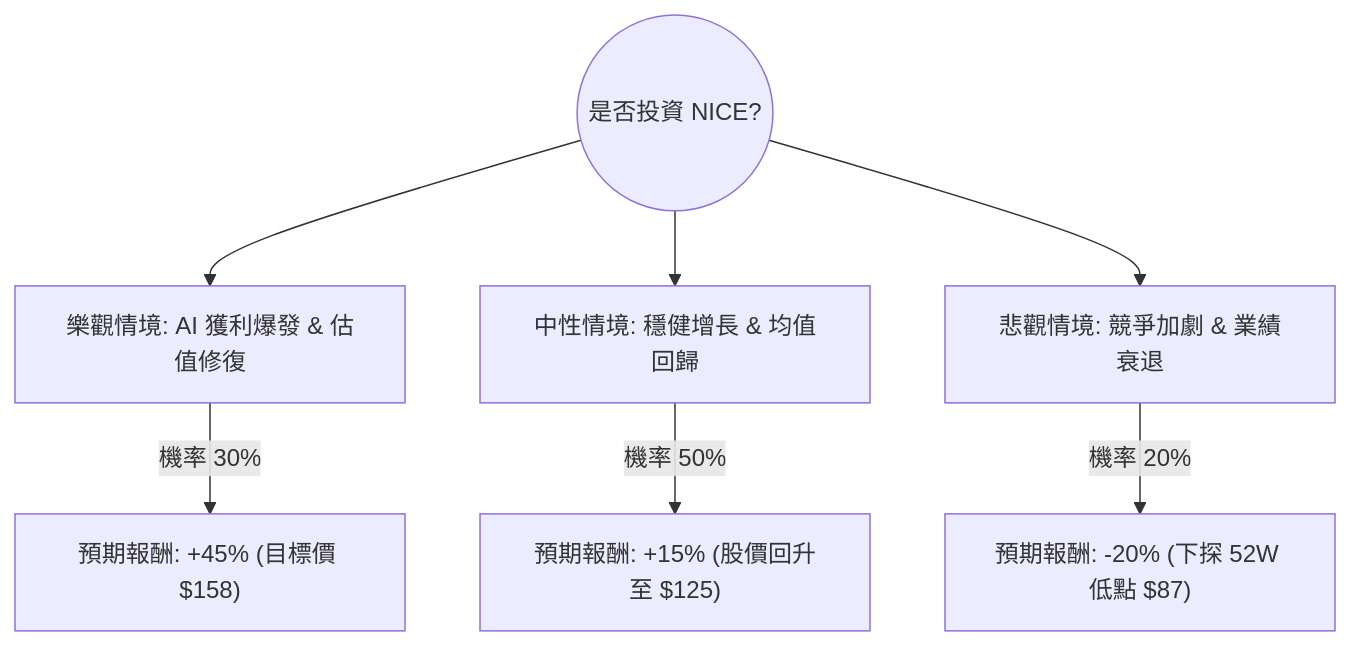
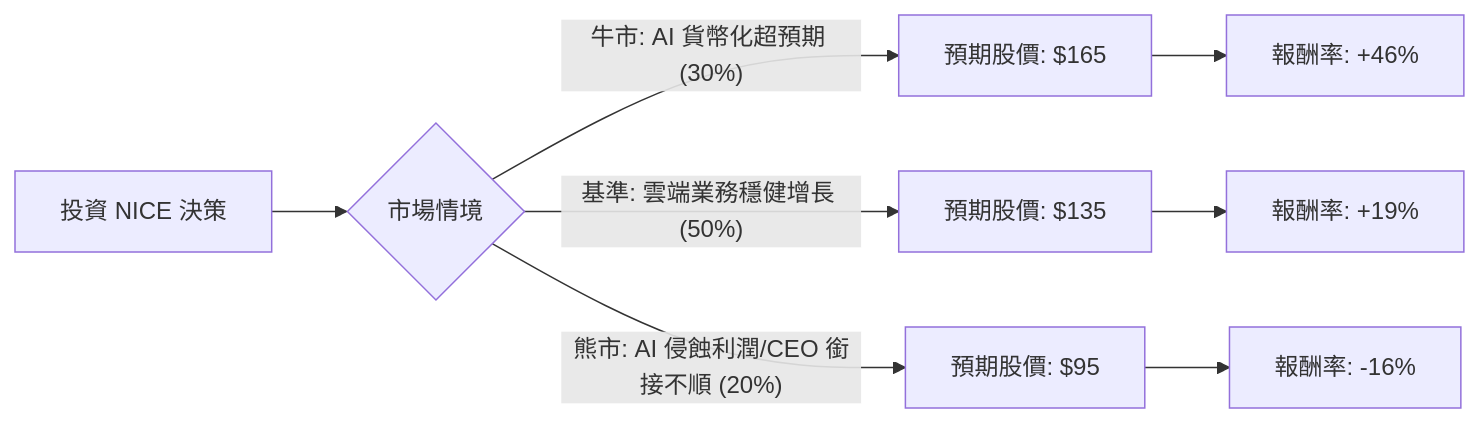
One commit to zmcx16/zmcx16.github.io changed the diagram in plugin-react/ai-analysis/ev-analysis/NICE.md. Above: the diagram before and after it, drawn with Mermaid. The commit also changed other lines of this file and 81 other files, not shown here.

````diff
--- a/plugin-react/ai-analysis/ev-analysis/NICE.md
+++ b/plugin-react/ai-analysis/ev-analysis/NICE.md
@@ -19,10 +20,12 @@
 ```mermaid
-graph TD
-    Root((是否投資 NICE?)) --> A[樂觀情境: AI 獲利爆發 & 估值修復]
-    Root --> B[中性情境: 穩健增長 & 均值回歸]
-    Root --> C[悲觀情境: 競爭加劇 & 業績衰退]
+graph LR
+    A[投資 NICE 決策] --> B{市場情境}
+    
+    B -- 牛市: AI 貨幣化超預期 (30%) --> C[預期股價: $165]
+    B -- 基準: 雲端業務穩健增長 (50%) --> D[預期股價: $135]
+    B -- 熊市: AI 侵蝕利潤/CEO 銜接不順 (20%) --> E[預期股價: $95]
 
-    A -- "機率 30%" --> A1["預期報酬: +45% (目標價 $158)"]
-    B -- "機率 50%" --> B1["預期報酬: +15% (股價回升至 $125)"]
-    C -- "機率 20%" --> C1["預期報酬: -20% (下探 52W 低點 $87)"]
+    C --> C1[報酬率: +46%]
+    D --> D1[報酬率: +19%]
+    E --> E1[報酬率: -16%]
 ```
````
